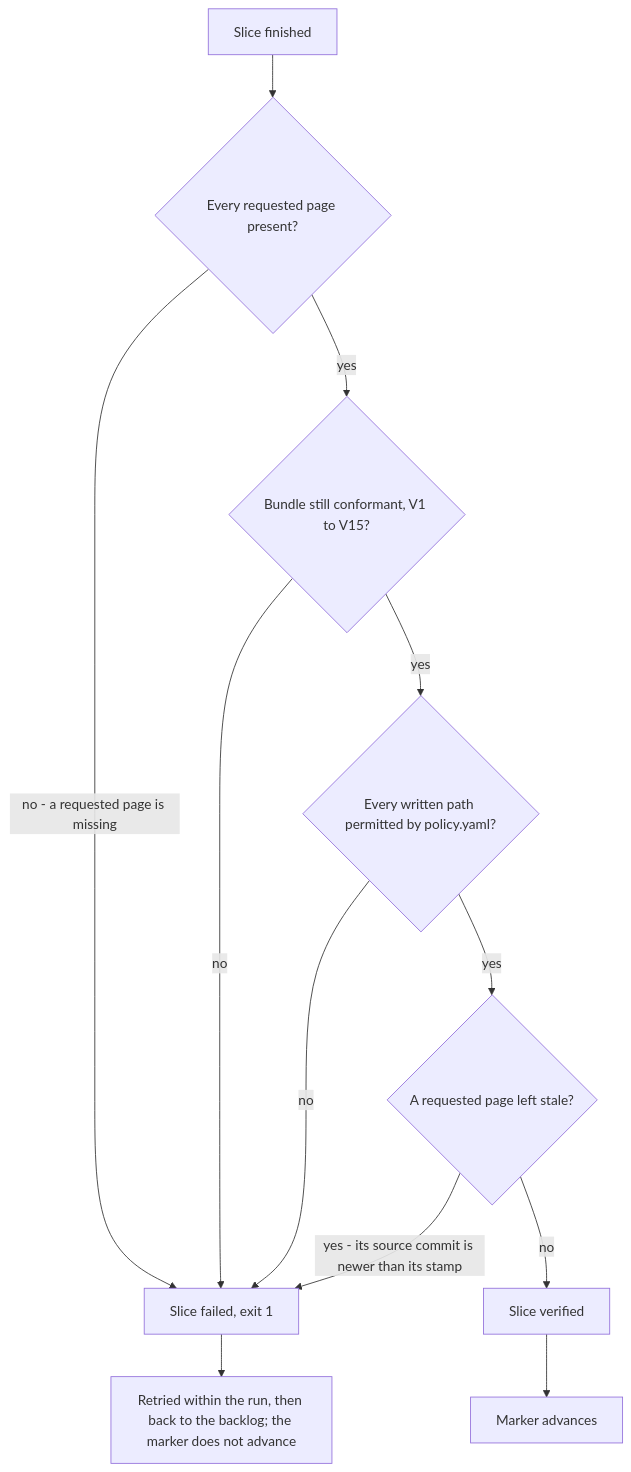
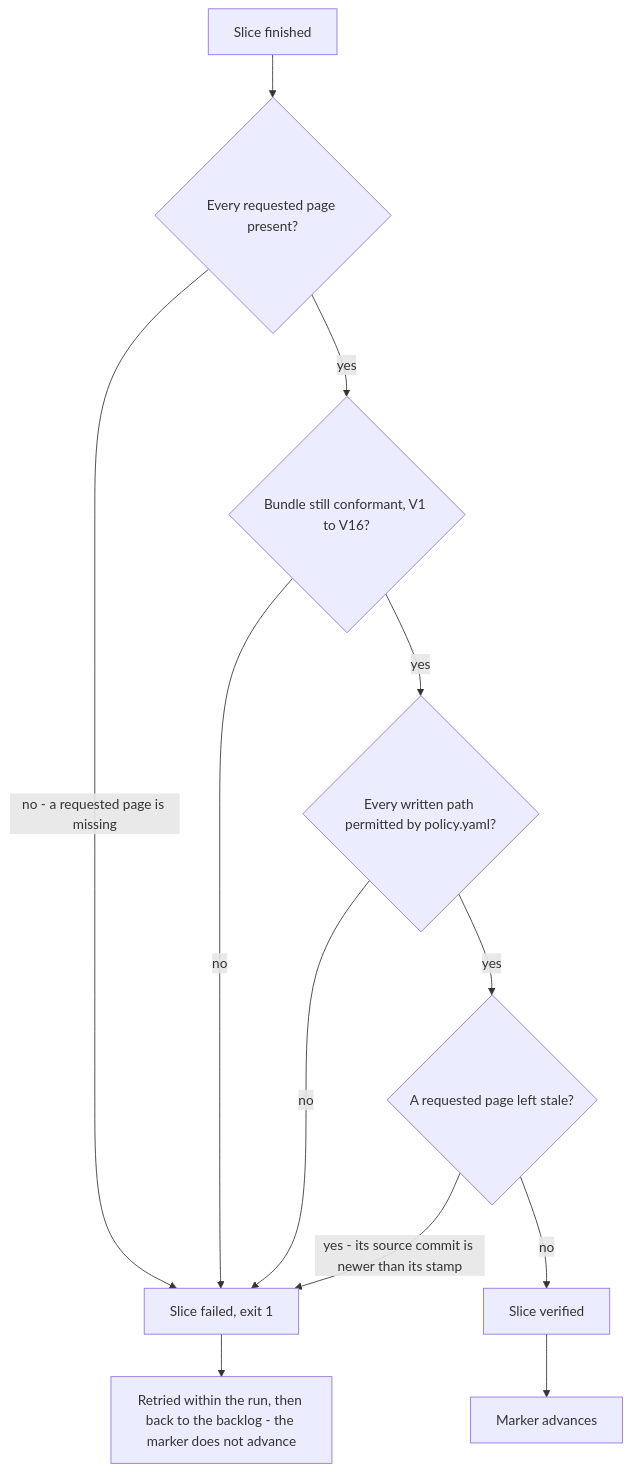
One commit to jumbleknot/MovieCollectionManager changed the second of 2 diagrams in openwiki/runbooks/wiki-maintenance.md. Above: the diagram before and after it, drawn with Mermaid. The commit also changed other lines of this file and 4 other files, not shown here.

````diff
--- a/openwiki/runbooks/wiki-maintenance.md
+++ b/openwiki/runbooks/wiki-maintenance.md
@@ -140,14 +147,14 @@
 ```mermaid
 flowchart TD
     A["Slice finished"] --> B{"Every requested page present?"}
     B -->|"no - a requested page is missing"| F["Slice failed, exit 1"]
-    B -->|yes| C{"Bundle still conformant, V1 to V15?"}
+    B -->|yes| C{"Bundle still conformant, V1 to V16?"}
     C -->|no| F
     C -->|yes| D{"Every written path permitted by policy.yaml?"}
     D -->|no| F
     D -->|yes| E{"A requested page left stale?"}
     E -->|"yes - its source commit is newer than its stamp"| F
     E -->|no| G["Slice verified"]
-    F --> H["Retried within the run, then back to the backlog; the marker does not advance"]
+    F --> H["Retried within the run, then back to the backlog - the marker does not advance"]
     G --> I["Marker advances"]
 ```
````
